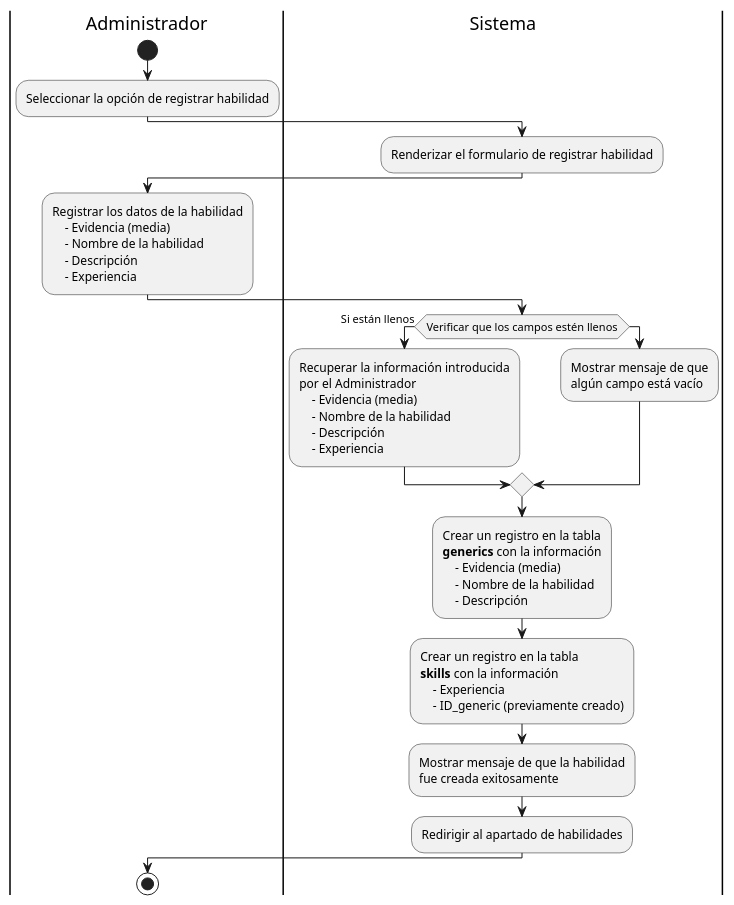
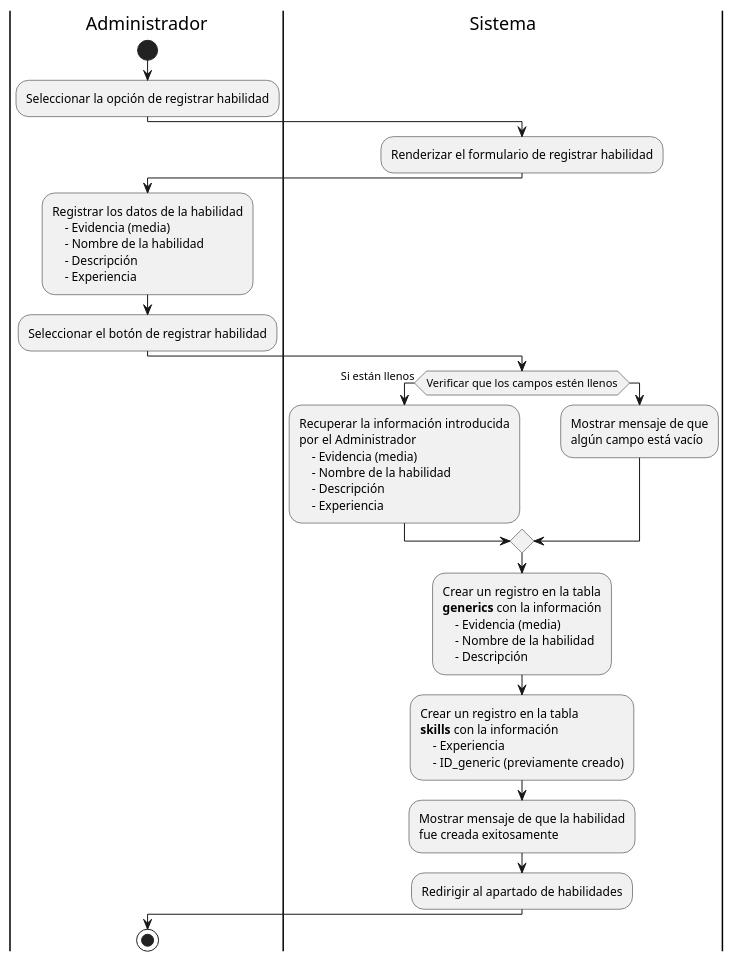
Before and after one commit to YaelChar417/portfolio: the diagram in Diagramas/Actividad/CU13_A_Registrar_habilidad.puml, drawn with PlantUML. The commit also changed 3 other files, not shown here.

```diff
--- a/Diagramas/Actividad/CU13_A_Registrar_habilidad.puml
+++ b/Diagramas/Actividad/CU13_A_Registrar_habilidad.puml
@@ -1,46 +1,47 @@
 @startuml
 
 |Administrador|
 start
 :Seleccionar la opción de registrar habilidad;
 
 |Sistema|
 :Renderizar el formulario de registrar habilidad;
 
 |Administrador|
 :Registrar los datos de la habilidad
     - Evidencia (media)
     - Nombre de la habilidad
     - Descripción
     - Experiencia;
+:Seleccionar el botón de registrar habilidad;
 
 |Sistema|
 if (Verificar que los campos estén llenos) then (Si están llenos)
     :Recuperar la información introducida 
     por el Administrador
         - Evidencia (media)
         - Nombre de la habilidad
         - Descripción
         - Experiencia;
 else 
     :Mostrar mensaje de que 
     algún campo está vacío;
 endif
 
 :Crear un registro en la tabla 
 **generics** con la información
     - Evidencia (media)
     - Nombre de la habilidad
     - Descripción;
 :Crear un registro en la tabla 
 **skills** con la información
     - Experiencia
     - ID_generic (previamente creado);
 :Mostrar mensaje de que la habilidad 
 fue creada exitosamente;
 :Redirigir al apartado de habilidades;
 
 |Administrador|
 stop
 
 @enduml
```
